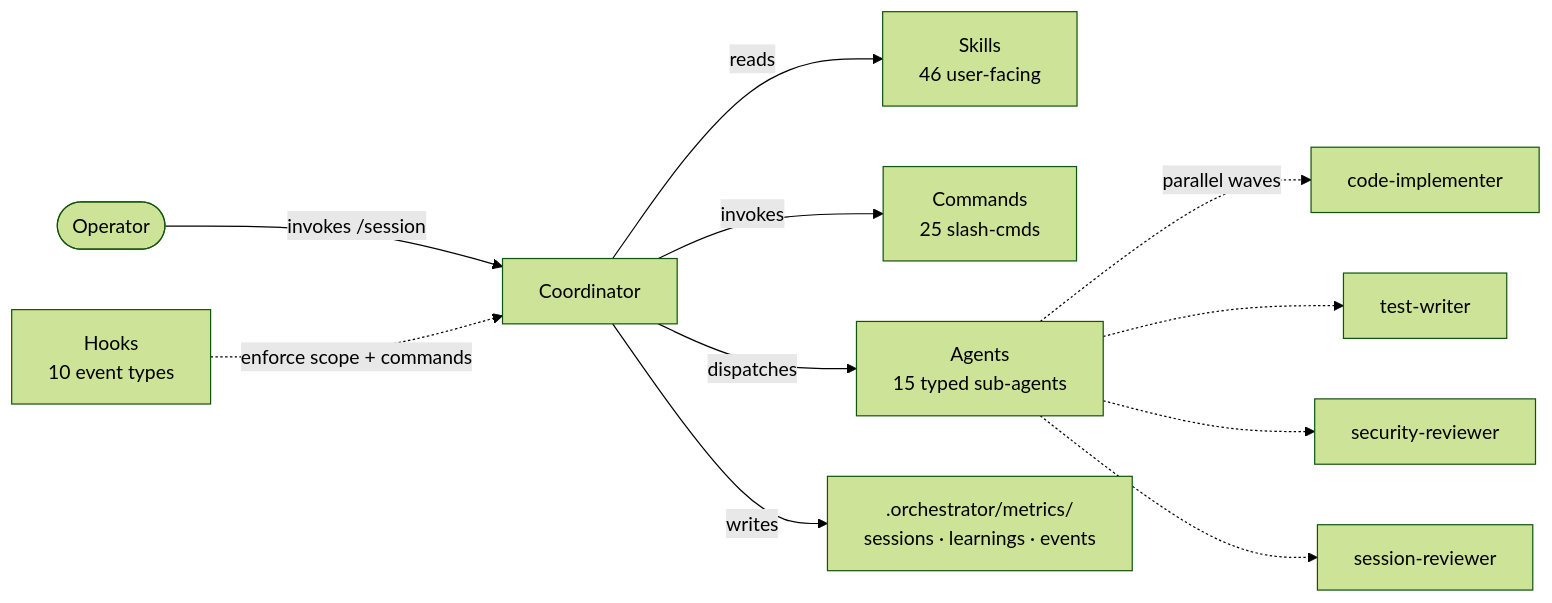
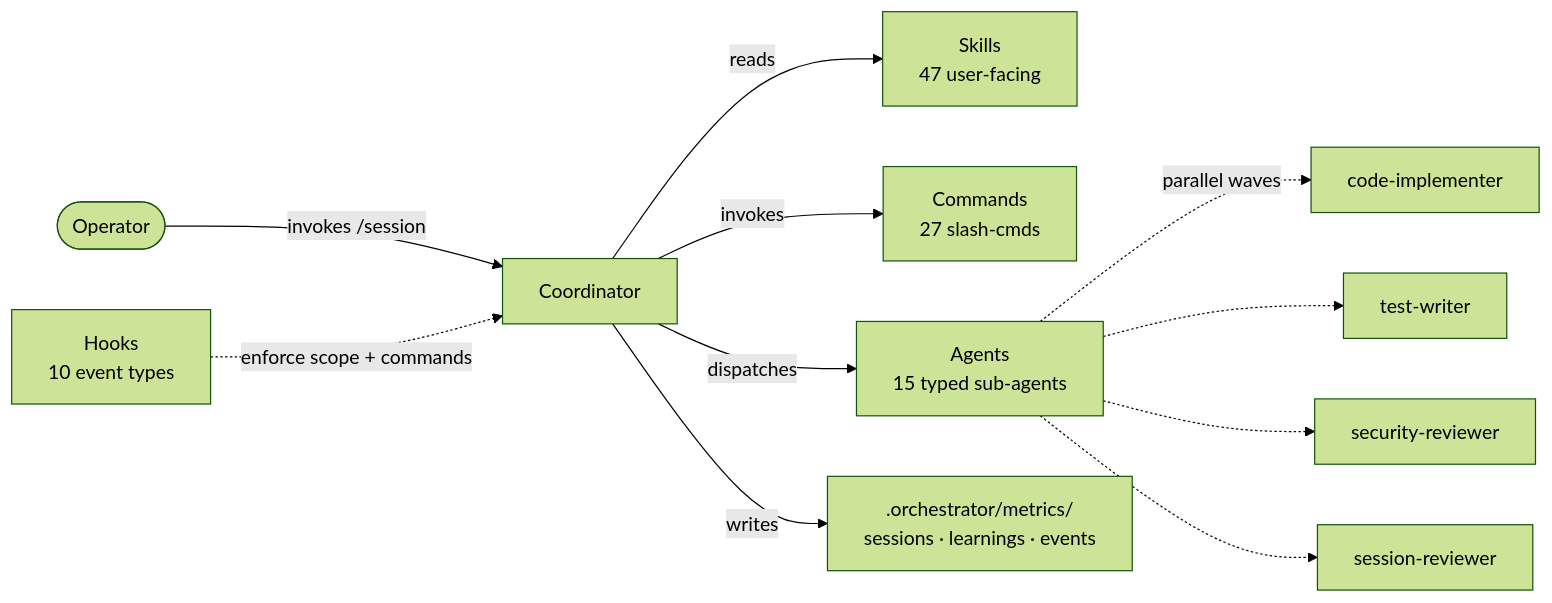
The diagram in docs/components.md (Kanevry/session-orchestrator), drawn with Mermaid (forest theme) before and after one commit. The commit also changed other lines of this file and 1 other file, not shown here.

````diff
--- a/docs/components.md
+++ b/docs/components.md
@@ -7,13 +7,13 @@
 ```mermaid
 flowchart LR
     USER([Operator]) -->|invokes /session| COORD[Coordinator]
-    COORD -->|reads| SK[Skills<br/>46 user-facing]
-    COORD -->|invokes| CMD[Commands<br/>25 slash-cmds]
+    COORD -->|reads| SK[Skills<br/>47 user-facing]
+    COORD -->|invokes| CMD[Commands<br/>27 slash-cmds]
     COORD -->|dispatches| AG[Agents<br/>15 typed sub-agents]
     AG -.->|parallel waves| W1[code-implementer]
     AG -.-> W2[test-writer]
     AG -.-> W3[security-reviewer]
     AG -.-> W4[session-reviewer]
     HOOK[Hooks<br/>10 event types] -.->|enforce scope + commands| COORD
     COORD -->|writes| METRIC[.orchestrator/metrics/<br/>sessions · learnings · events]
 ```
````
